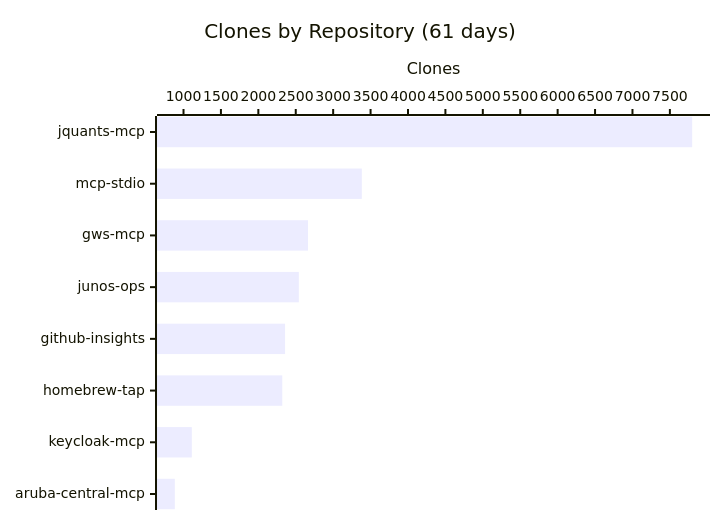
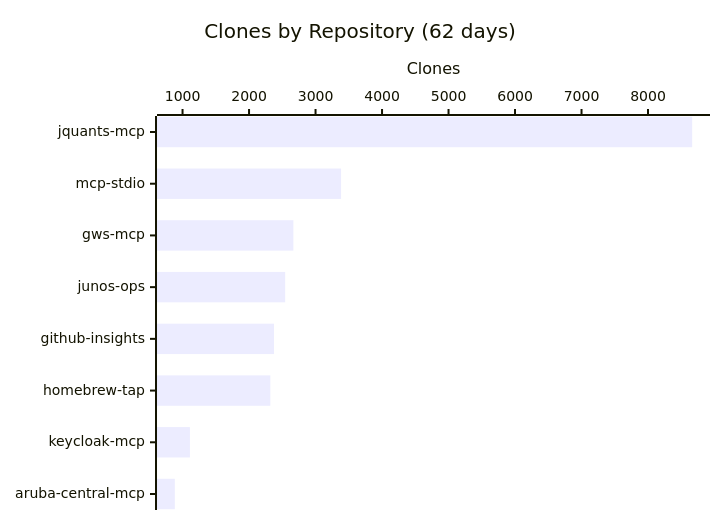
Before and after one commit to shigechika/github-insights: the third of 3 diagrams in README.md, drawn with Mermaid. The commit also changed other lines of this file and 2 other files, not shown here.

````diff
--- a/README.md
+++ b/README.md
@@ -38,7 +38,7 @@
 ```mermaid
 xychart-beta horizontal
-    title "Clones by Repository (61 days)"
+    title "Clones by Repository (62 days)"
     x-axis ["jquants-mcp", "mcp-stdio", "gws-mcp", "junos-ops", "github-insights", "homebrew-tap", "keycloak-mcp", "aruba-central-mcp"]
     y-axis "Clones"
-    bar [7798, 3383, 2664, 2541, 2357, 2320, 1111, 884]
+    bar [8664, 3384, 2667, 2543, 2376, 2320, 1111, 884]
 ```
````
